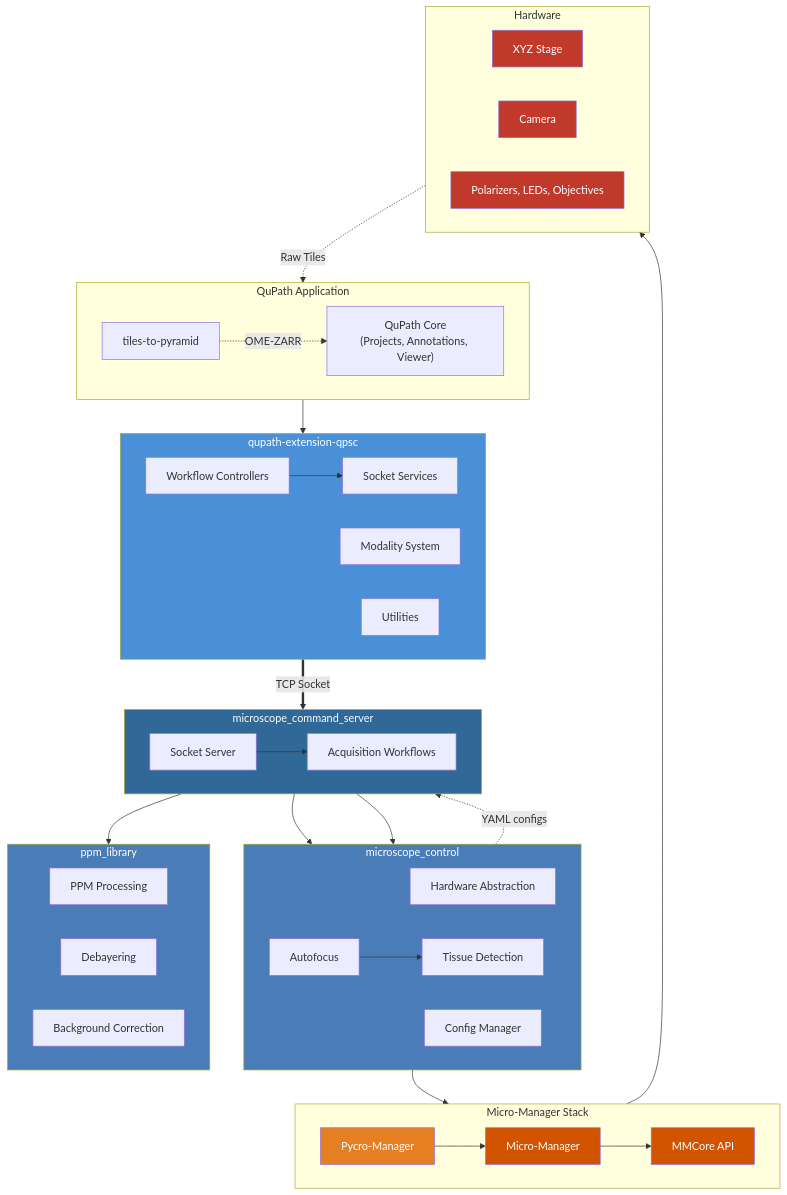
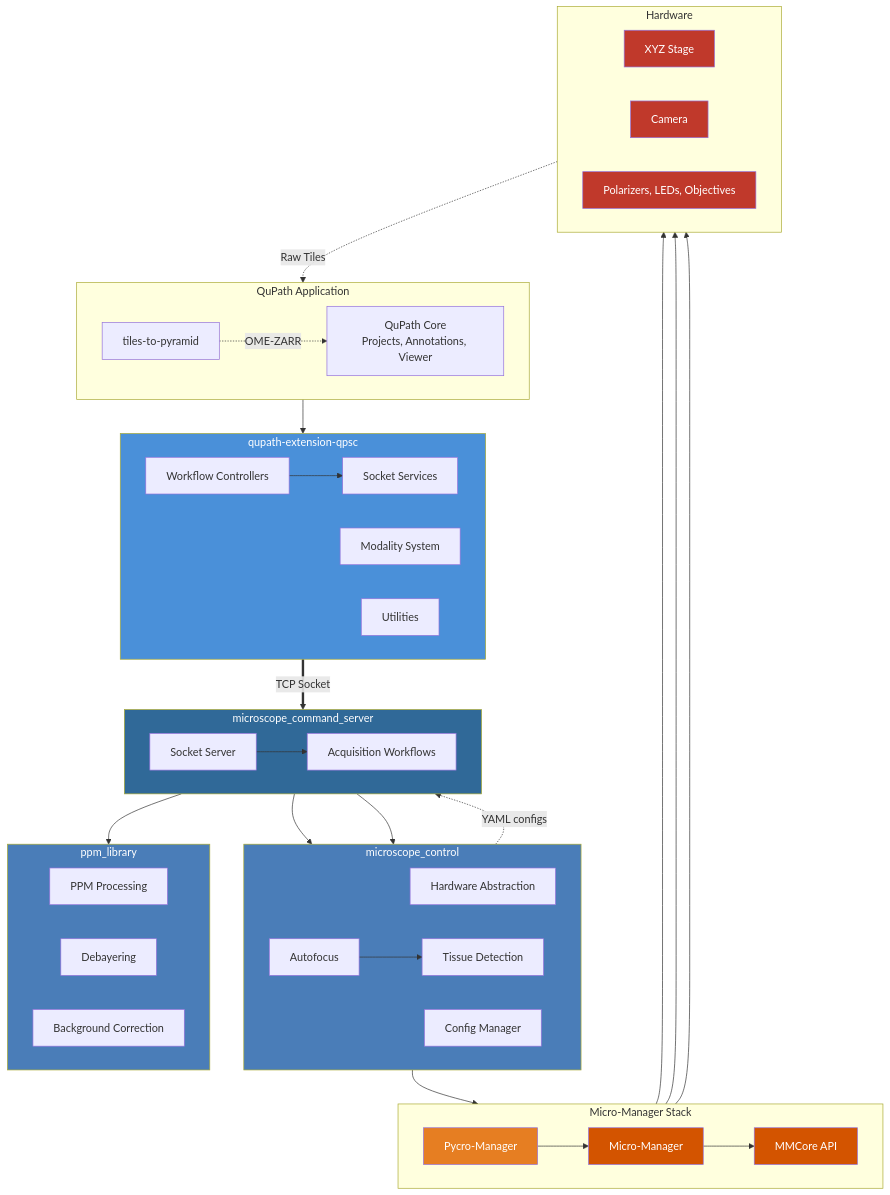
The first of 2 diagrams in docs/architecture.md (uw-loci/QPSC), drawn with Mermaid before and after one commit.

Commit message:
Fix architecture diagram render error on GitHub
Rename subgraph IDs to avoid collision with edge targets (e.g.
QPSC -> QPSCLayer, HW -> HWLayer). Route all edges to specific
nodes instead of subgraph IDs. Replace \n with <br/> for
GitHub Mermaid compatibility.

````diff
--- a/docs/architecture.md
+++ b/docs/architecture.md
@@ -11,79 +11,81 @@
 ```mermaid
 flowchart TB
-    subgraph QuPath["QuPath Application"]
+    subgraph QuPathLayer["QuPath Application"]
         direction LR
-        QApp["QuPath Core\n(Projects, Annotations, Viewer)"]
+        QApp["QuPath Core<br/>Projects, Annotations, Viewer"]
         T2P["tiles-to-pyramid"]
     end
 
-    subgraph QPSC["qupath-extension-qpsc"]
+    subgraph QPSCLayer["qupath-extension-qpsc"]
         direction LR
         Ctrl["Workflow Controllers"]
         Modal["Modality System"]
         Svc["Socket Services"]
         Utils["Utilities"]
     end
 
-    subgraph Server["microscope_command_server"]
+    subgraph ServerLayer["microscope_command_server"]
         direction LR
         QPSrv["Socket Server"]
         AcqEng["Acquisition Workflows"]
     end
 
-    subgraph Control["microscope_control"]
+    subgraph ControlLayer["microscope_control"]
         direction LR
         HWPy["Hardware Abstraction"]
         AF["Autofocus"]
         TissueDet["Tissue Detection"]
         ConfigMgr["Config Manager"]
     end
 
-    subgraph PPMPkg["ppm_library"]
+    subgraph PPMLayer["ppm_library"]
         direction LR
         PPMProc["PPM Processing"]
         Debayer["Debayering"]
         Imaging["Background Correction"]
     end
 
-    subgraph MM["Micro-Manager Stack"]
+    subgraph MMLayer["Micro-Manager Stack"]
         direction LR
         PyCro["Pycro-Manager"]
         MicroM["Micro-Manager"]
         MMCore["MMCore API"]
     end
 
-    subgraph HW["Hardware"]
+    subgraph HWLayer["Hardware"]
         direction LR
         Stage["XYZ Stage"]
         Cam["Camera"]
         Extras["Polarizers, LEDs, Objectives"]
     end
 
-    QApp --> QPSC
+    QApp --> Ctrl
     Ctrl --> Svc
     Svc ==>|"TCP Socket"| QPSrv
     QPSrv --> AcqEng
     AcqEng --> HWPy
     AcqEng --> AF
     AcqEng --> PPMProc
     AF --> TissueDet
     HWPy --> PyCro
     PyCro --> MicroM
     MicroM --> MMCore
-    MMCore --> HW
+    MMCore --> Stage
+    MMCore --> Cam
+    MMCore --> Extras
 
     Cam -.->|"Raw Tiles"| T2P
     T2P -.->|"OME-ZARR"| QApp
     ConfigMgr -.->|"YAML configs"| AcqEng
 
-    style QPSC fill:#4A90D9,color:#fff
-    style Server fill:#306998,color:#fff
-    style Control fill:#4A7DB8,color:#fff
-    style PPMPkg fill:#4A7DB8,color:#fff
+    style QPSCLayer fill:#4A90D9,color:#fff
+    style ServerLayer fill:#306998,color:#fff
+    style ControlLayer fill:#4A7DB8,color:#fff
+    style PPMLayer fill:#4A7DB8,color:#fff
     style PyCro fill:#E67E22,color:#fff
     style MicroM fill:#D35400,color:#fff
     style MMCore fill:#D35400,color:#fff
     style Cam fill:#C0392B,color:#fff
     style Stage fill:#C0392B,color:#fff
     style Extras fill:#C0392B,color:#fff
 ```
````
